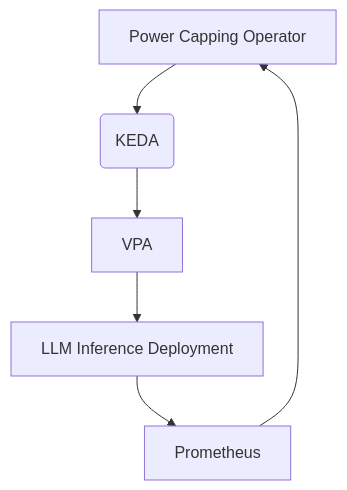
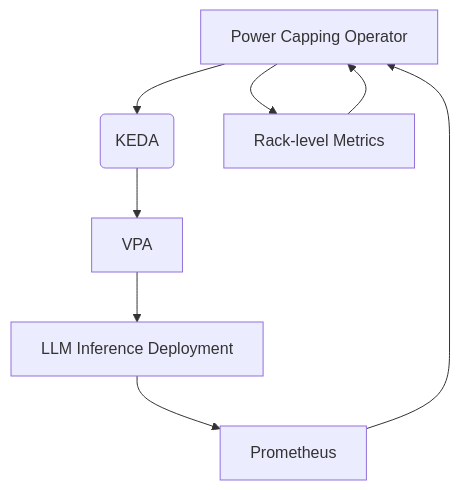
One commit to Climatik-Project/Climatik-Project changed the fifth of 11 diagrams in README.md. Above: the diagram before and after it, drawn with Mermaid. The commit also changed other lines of this file, not shown here.

Commit message:
update readme with rack aware algorithms

````diff
--- a/README.md
+++ b/README.md
@@ -448,8 +547,10 @@
 ```mermaid
 graph TD
 A[Power Capping Operator] --> B(KEDA)
 B --> C[VPA]
 C --> D[LLM Inference Deployment]
 D --> E[Prometheus]
 E --> A
+A --> F[Rack-level Metrics]
+F --> A
 ```
````
